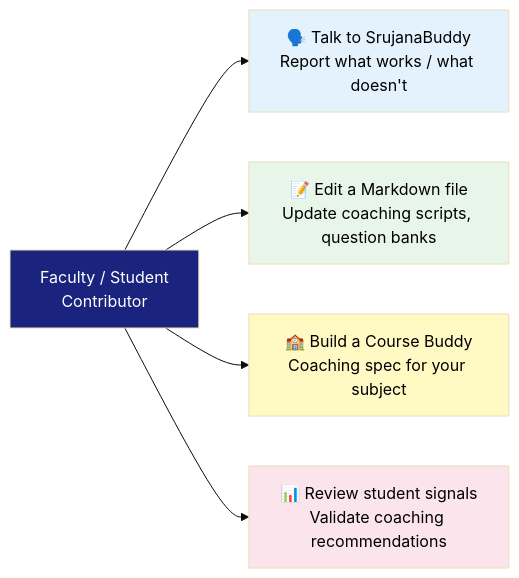
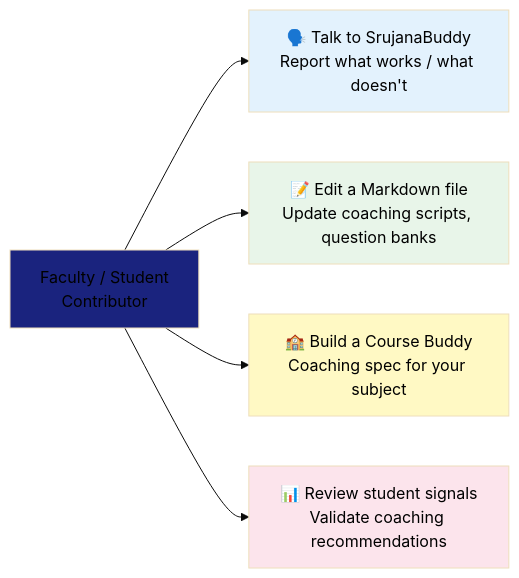
Before and after one commit to sanchitnis/SrujanaBuddy: diagram 14 of 15 in review/srujanabuddy-leadership-demo-v1.0.md, drawn with Mermaid (base theme). The commit also changed other lines of this file, not shown here.

````diff
--- a/review/srujanabuddy-leadership-demo-v1.0.md
+++ b/review/srujanabuddy-leadership-demo-v1.0.md
@@ -621,13 +621,13 @@
 ```mermaid
 flowchart LR
     F["Faculty / Student\nContributor"] --> C1["🗣️ Talk to SrujanaBuddy\nReport what works / what doesn't"]
     F --> C2["📝 Edit a Markdown file\nUpdate coaching scripts, question banks"]
     F --> C3["🏫 Build a Course Buddy\nCoaching spec for your subject"]
     F --> C4["📊 Review student signals\nValidate coaching recommendations"]
 
-    style F fill:#1a237e,color:#fff
+    style F fill:#1a237e,color:#000
     style C1 fill:#e3f2fd,color:#000
     style C2 fill:#e8f5e9,color:#000
     style C3 fill:#fff9c4,color:#000
     style C4 fill:#fce4ec,color:#000
 ```
````
